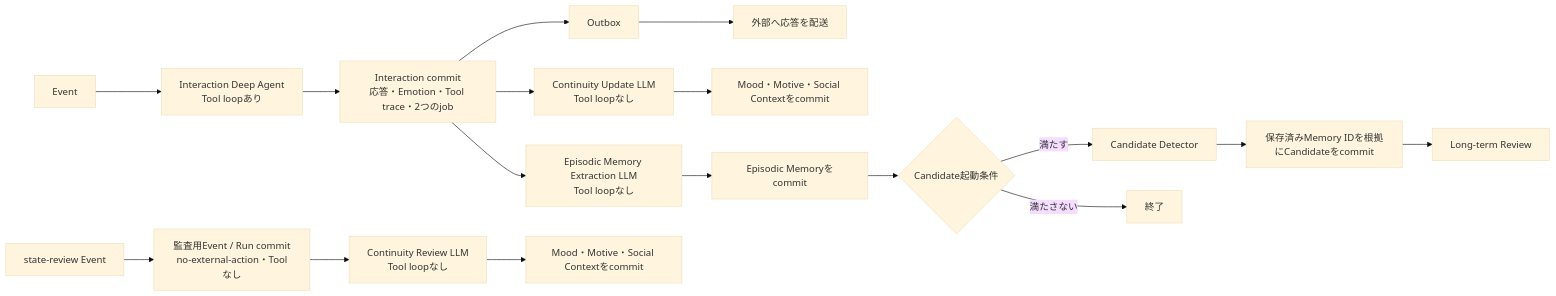
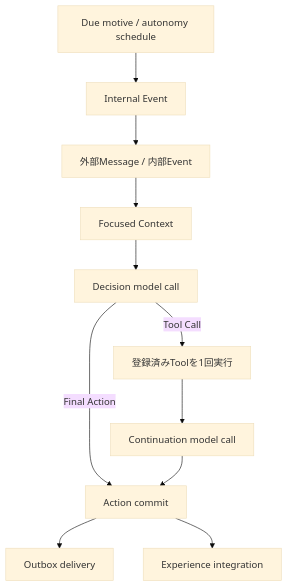
One commit to if001/social_agent changed the diagram in docs/ARCHITECTURE.md. Above: the diagram before and after it, drawn with Mermaid (base theme). The commit also changed other lines of this file and 13 other files, not shown here.

Commit message:
docs: align current architecture after minimal loop

````diff
--- a/docs/ARCHITECTURE.md
+++ b/docs/ARCHITECTURE.md
@@ -253,20 +7,13 @@
 ```mermaid
-flowchart LR
-    E[Event] --> I[Interaction Deep Agent<br/>Tool loopあり]
-    I --> C[Interaction commit<br/>応答・Emotion・Tool trace・2つのjob]
-    C --> O[Outbox]
-    O --> Q[外部へ応答を配送]
-    C --> U[Continuity Update LLM<br/>Tool loopなし]
-    C --> M[Episodic Memory Extraction LLM<br/>Tool loopなし]
-    U --> US[Mood・Motive・Social Contextをcommit]
-    M --> MS[Episodic Memoryをcommit]
-    MS --> G{Candidate起動条件}
-    G -->|満たす| D[Candidate Detector]
-    G -->|満たさない| X[終了]
-    D --> DS[保存済みMemory IDを根拠にCandidateをcommit]
-    DS --> R[Long-term Review]
-
-    SR[state-review Event] --> SC[監査用Event / Run commit<br/>no-external-action・Toolなし]
-    SC --> SU[Continuity Review LLM<br/>Tool loopなし]
-    SU --> SS[Mood・Motive・Social Contextをcommit]
+flowchart TD
+  I[外部Message / 内部Event] --> C[Focused Context]
+  C --> D[Decision model call]
+  D -->|Final Action| A[Action commit]
+  D -->|Tool Call| T[登録済みToolを1回実行]
+  T --> F[Continuation model call]
+  F --> A
+  A --> O[Outbox delivery]
+  A --> P[Experience integration]
+  S[Due motive / autonomy schedule] --> E[Internal Event]
+  E --> I
 ```
````
